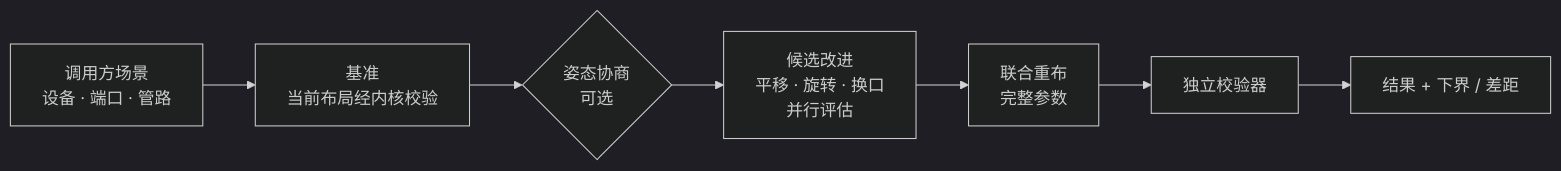
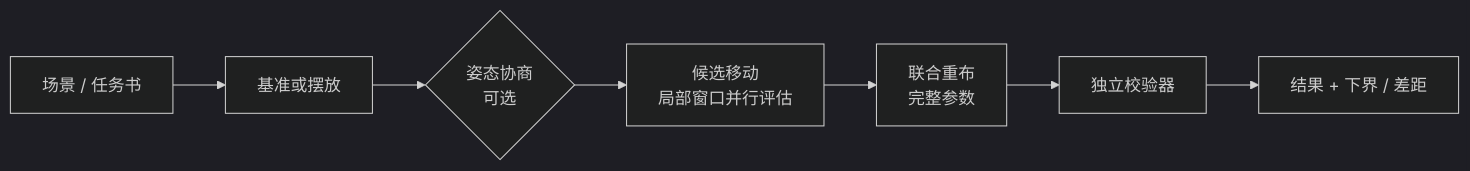
One commit to 66-zhimeng/layout-kernel changed the diagram in README.zh-CN.md. Above: the diagram before and after it, drawn with Mermaid (dark theme). The commit also changed other lines of this file and 20 other files, not shown here.

````diff
--- a/README.zh-CN.md
+++ b/README.zh-CN.md
@@ -43,9 +96,9 @@
 ```mermaid
 flowchart LR
-    A[调用方场景<br/>设备 · 端口 · 管路] --> B[基准<br/>当前布局经内核校验]
+    A[场景 / 任务书] --> B[基准或摆放]
     B --> C{姿态协商<br/>可选}
-    C --> D[候选改进<br/>平移 · 旋转 · 换口<br/>并行评估]
+    C --> D[候选移动<br/>局部窗口并行评估]
     D --> E[联合重布<br/>完整参数]
     E --> F[独立校验器]
     F --> G[结果 + 下界 / 差距]
 ```
````
